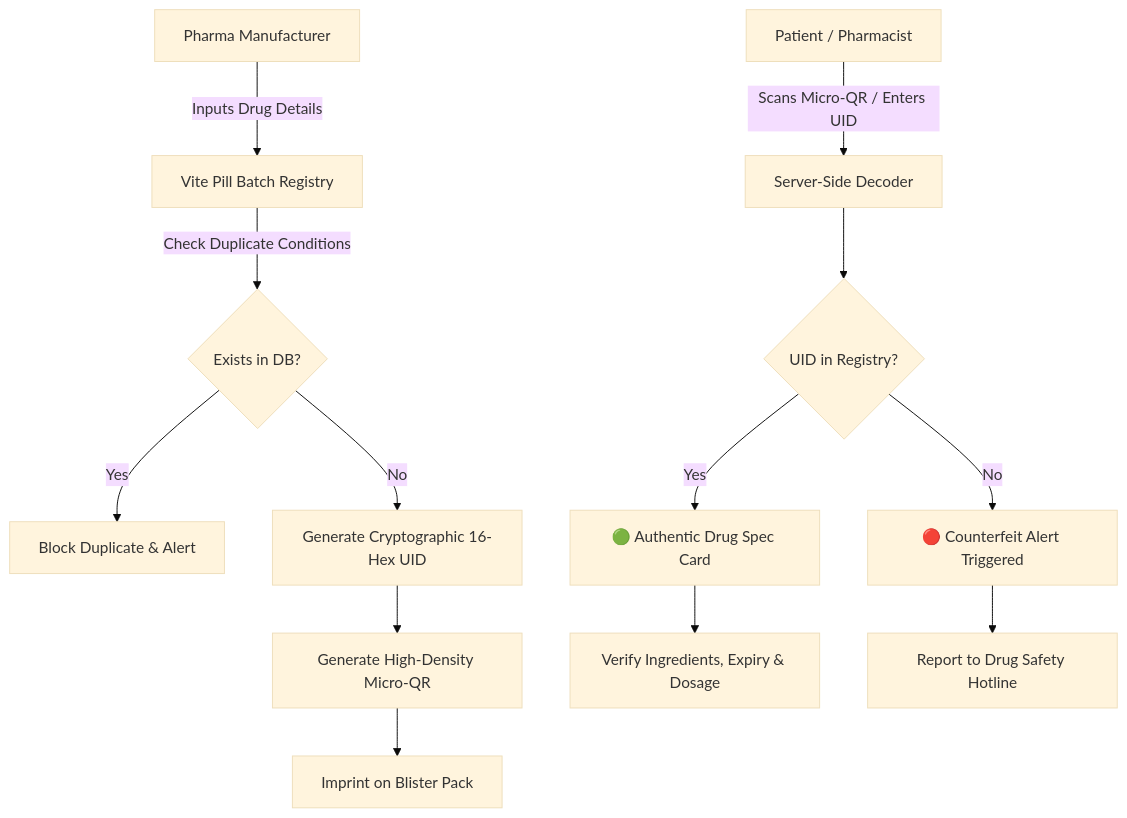
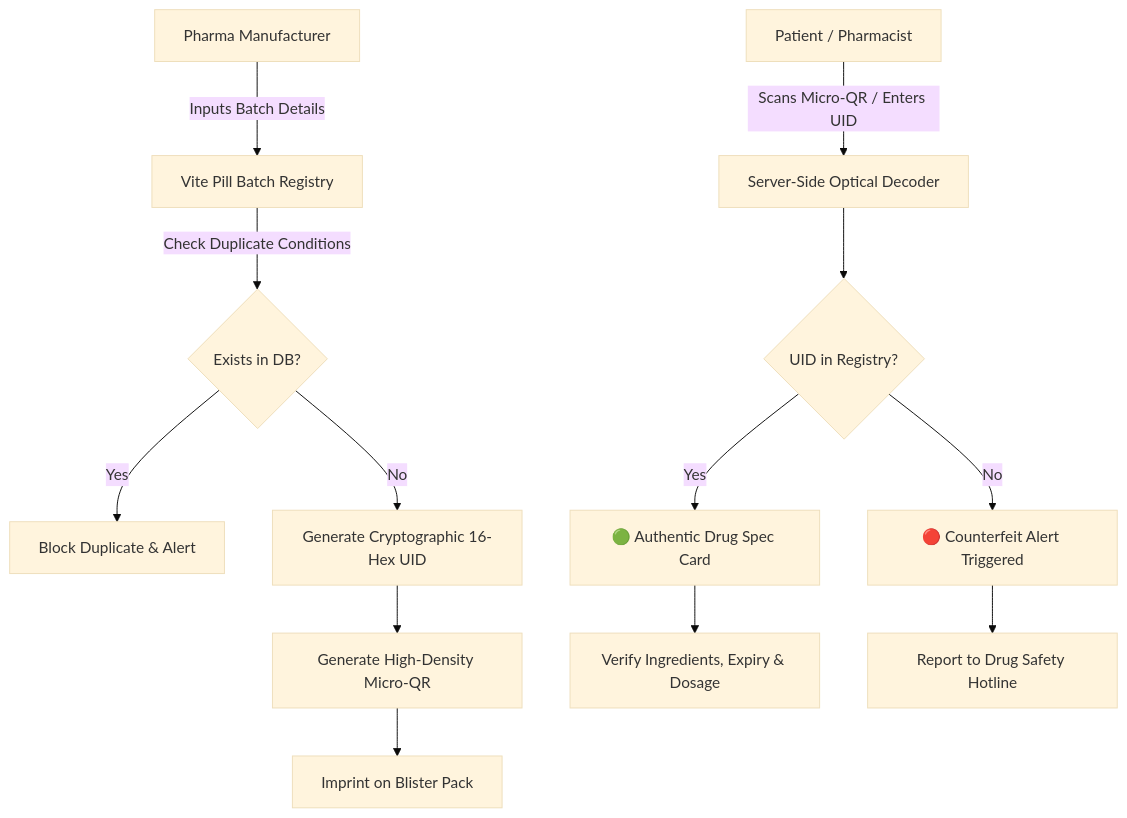
One commit to SenpaiMudit/Vite-Pill changed the diagram in README.md. Above: the diagram before and after it, drawn with Mermaid (base theme). The commit also changed other lines of this file and 20 other files, not shown here.

````diff
--- a/README.md
+++ b/README.md
@@ -118,16 +92,16 @@
 ```mermaid
 flowchart TD
-    A[Pharma Manufacturer] -->|Inputs Drug Details| B[Vite Pill Batch Registry]
+    A[Pharma Manufacturer] -->|Inputs Batch Details| B[Vite Pill Batch Registry]
     B -->|Check Duplicate Conditions| C{Exists in DB?}
     C -->|Yes| D[Block Duplicate & Alert]
     C -->|No| E[Generate Cryptographic 16-Hex UID]
     E --> F[Generate High-Density Micro-QR]
     F --> G[Imprint on Blister Pack]
 
-    H[Patient / Pharmacist] -->|Scans Micro-QR / Enters UID| I[Server-Side Decoder]
+    H[Patient / Pharmacist] -->|Scans Micro-QR / Enters UID| I[Server-Side Optical Decoder]
     I --> J{UID in Registry?}
     J -->|Yes| K[🟢 Authentic Drug Spec Card]
     K --> L[Verify Ingredients, Expiry & Dosage]
     J -->|No| M[🔴 Counterfeit Alert Triggered]
     M --> N[Report to Drug Safety Hotline]
 ```
````
